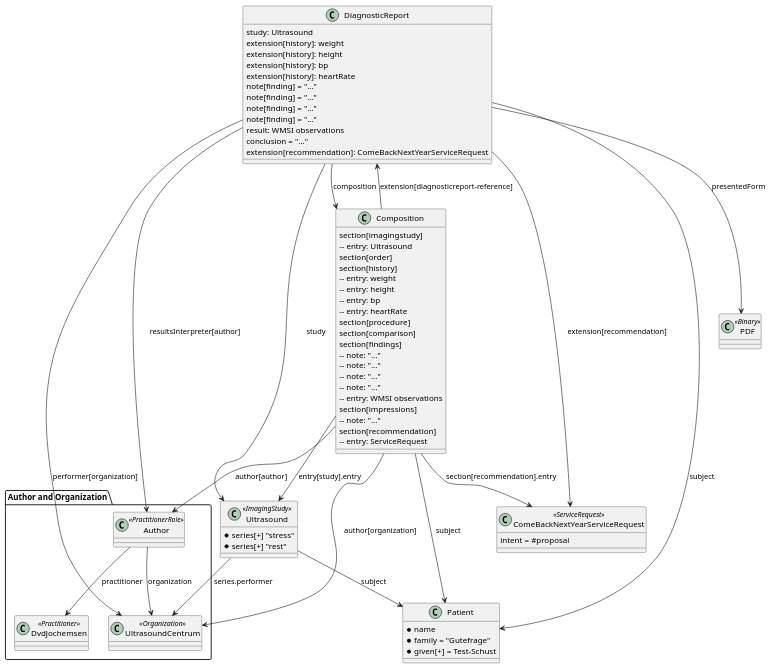
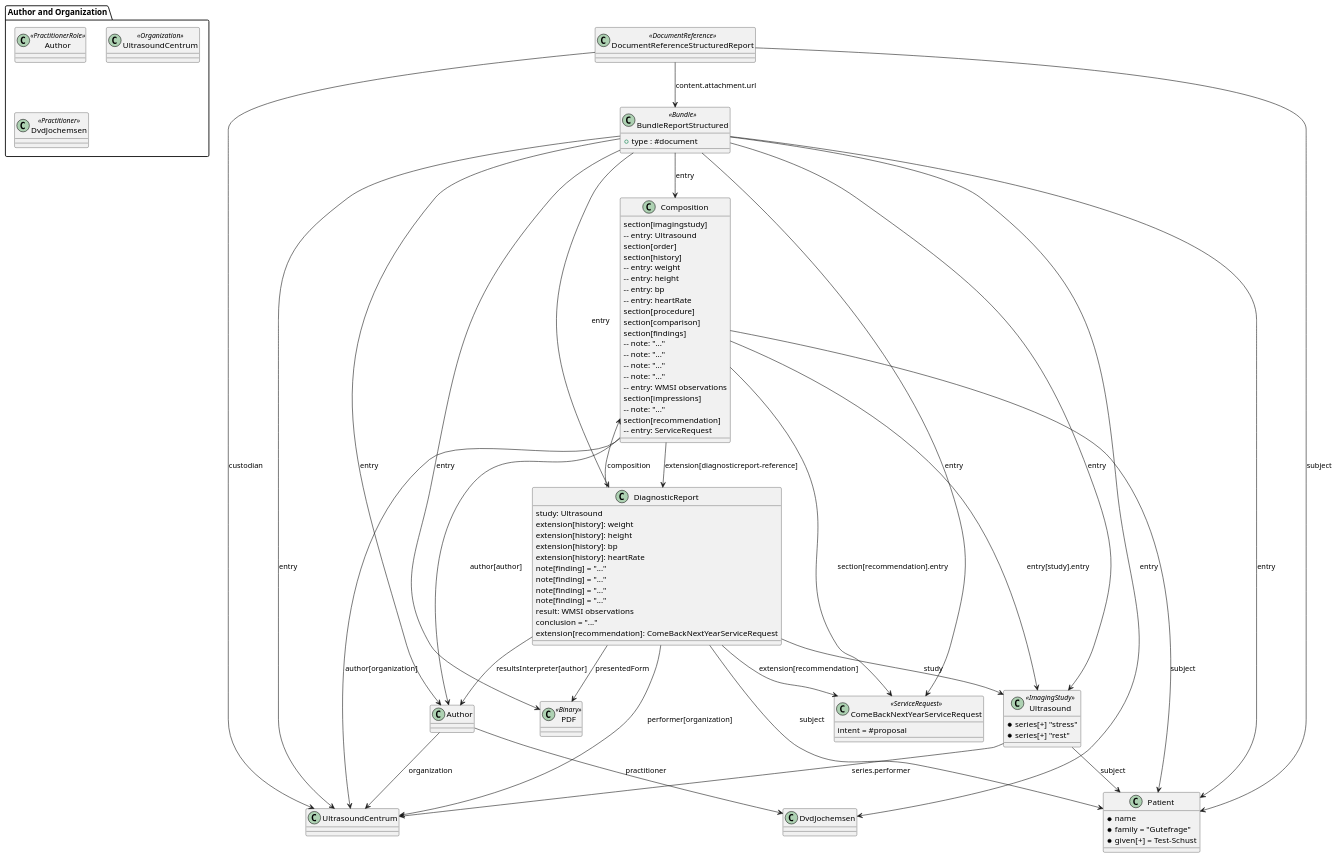
One commit to hl7-eu/imaging changed the diagram in ig-src/input/images-source/example-structured-base.plantuml. Above: the diagram before and after it, drawn with PlantUML. The commit also changed 12 other files, not shown here.

```diff
--- a/ig-src/input/images-source/example-structured-base.plantuml
+++ b/ig-src/input/images-source/example-structured-base.plantuml
@@ -1,86 +1,104 @@
 @startuml
+    DocumentReferenceStructuredReport --> BundleReportStructured: content.attachment.url
+    DocumentReferenceStructuredReport --> Patient: subject
+    DocumentReferenceStructuredReport --> UltrasoundCentrum: custodian
+
+    BundleReportStructured --> Composition: entry
+    BundleReportStructured --> DiagnosticReport: entry
+    BundleReportStructured --> Patient: entry
+    BundleReportStructured --> Ultrasound: entry
+    BundleReportStructured --> Author: entry
+    BundleReportStructured --> UltrasoundCentrum: entry
+    BundleReportStructured --> DvdJochemsen: entry
+    BundleReportStructured --> ComeBackNextYearServiceRequest: entry
+    BundleReportStructured --> PDF: entry
     
     package "Author and Organization" {
         class Author <<PractitionerRole>>
         class UltrasoundCentrum <<Organization>>
         class DvdJochemsen <<Practitioner>>
     }
+
+        class DocumentReferenceStructuredReport <<DocumentReference>> [[./DocumentReference-DocumentReferenceStructuredReport.html]]
+        class BundleReportStructured <<Bundle>> [[./Bundle-bundle-report-structured.html]] {
+            +type : #document
+        }
 
     Author --> UltrasoundCentrum: organization
     Author --> DvdJochemsen: practitioner
 
     DiagnosticReport --> Composition: composition
     DiagnosticReport --> PDF: presentedForm
     DiagnosticReport --> Patient: subject
     DiagnosticReport --> Ultrasound: study
     DiagnosticReport --> Author: resultsInterpreter[author]
     DiagnosticReport --> UltrasoundCentrum: performer[organization]
     DiagnosticReport --> ComeBackNextYearServiceRequest: extension[recommendation]
     
 
     Ultrasound --> Patient: subject
     Ultrasound --> UltrasoundCentrum: series.performer
 
     Composition --> Patient: subject
     Composition --> DiagnosticReport: extension[diagnosticreport-reference]
     Composition --> Author: author[author]
     Composition --> UltrasoundCentrum: author[organization]
     Composition --> Ultrasound : entry[study].entry
     Composition --> ComeBackNextYearServiceRequest: section[recommendation].entry
     
 
     class Patient{
         * name 
           * family = "Gutefrage"
           * given[+] = Test-Schust
     }
     class Ultrasound <<ImagingStudy>>  [[./ImagingStudy-ImagingStudStructuredReport.html]] {
         * series[+] "stress"
         * series[+] "rest"
     }
     
-    class PDF <<Binary>>
+    class PDF <<Binary>> [[./Binary-structured-pdf.html]]
 
     class Composition [[./Composition-CompositionStructured.html]] {
         section[imagingstudy]
         -- entry: Ultrasound
         section[order]
         section[history]
         -- entry: weight
         -- entry: height
         -- entry: bp
         -- entry: heartRate
         section[procedure]
         section[comparison]
         section[findings]
         -- note: "..."
         -- note: "..."
         -- note: "..."
         -- note: "..."
         -- entry: WMSI observations
         section[impressions]
         -- note: "..."
         section[recommendation]
         -- entry: ServiceRequest
     }
 
     class DiagnosticReport [[./DiagnosticReport-DiagnosticReportStructured.html]] {
         study: Ultrasound
         extension[history]: weight
         extension[history]: height
         extension[history]: bp
         extension[history]: heartRate
         note[finding] = "..."
         note[finding] = "..."
         note[finding] = "..."
         note[finding] = "..."
         result: WMSI observations
         conclusion = "..."
         extension[recommendation]: ComeBackNextYearServiceRequest
     }
     
     class ComeBackNextYearServiceRequest <<ServiceRequest>> [[./ServiceRequest-ComeBackNextYearServiceRequest.html]]{
         intent = #proposal
     }
 
 @enduml
```
